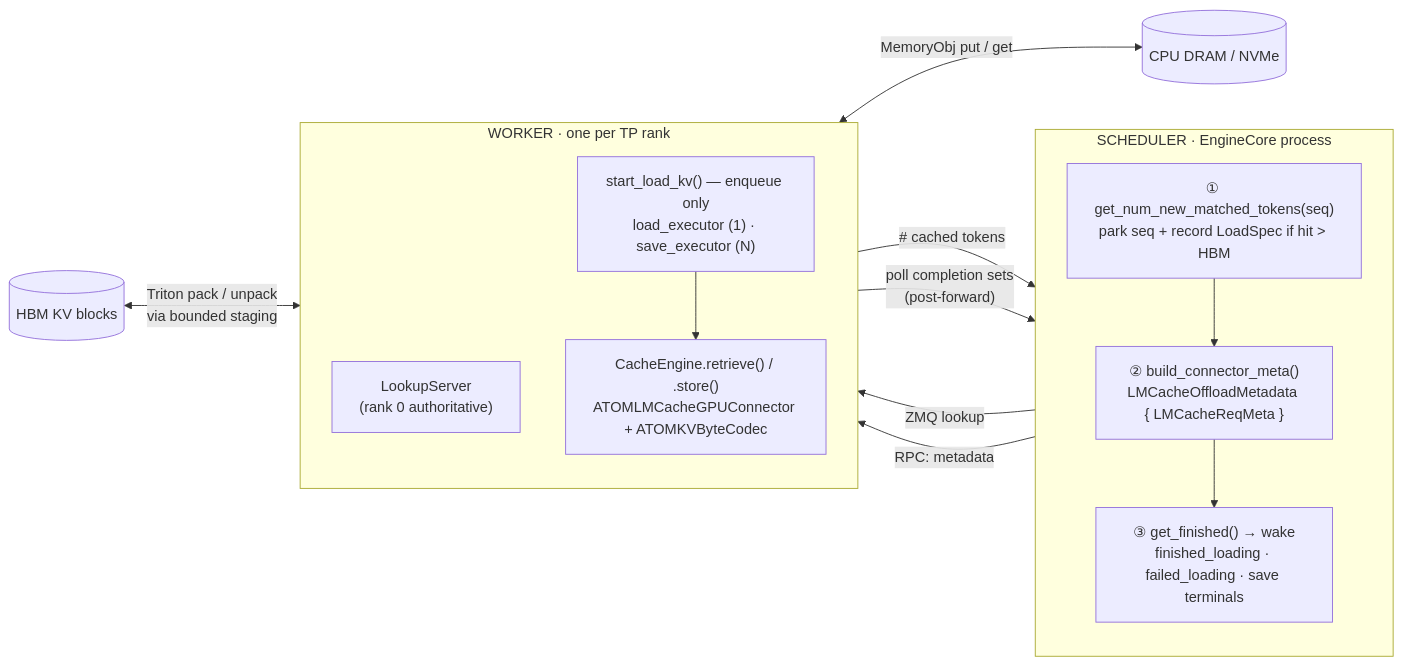
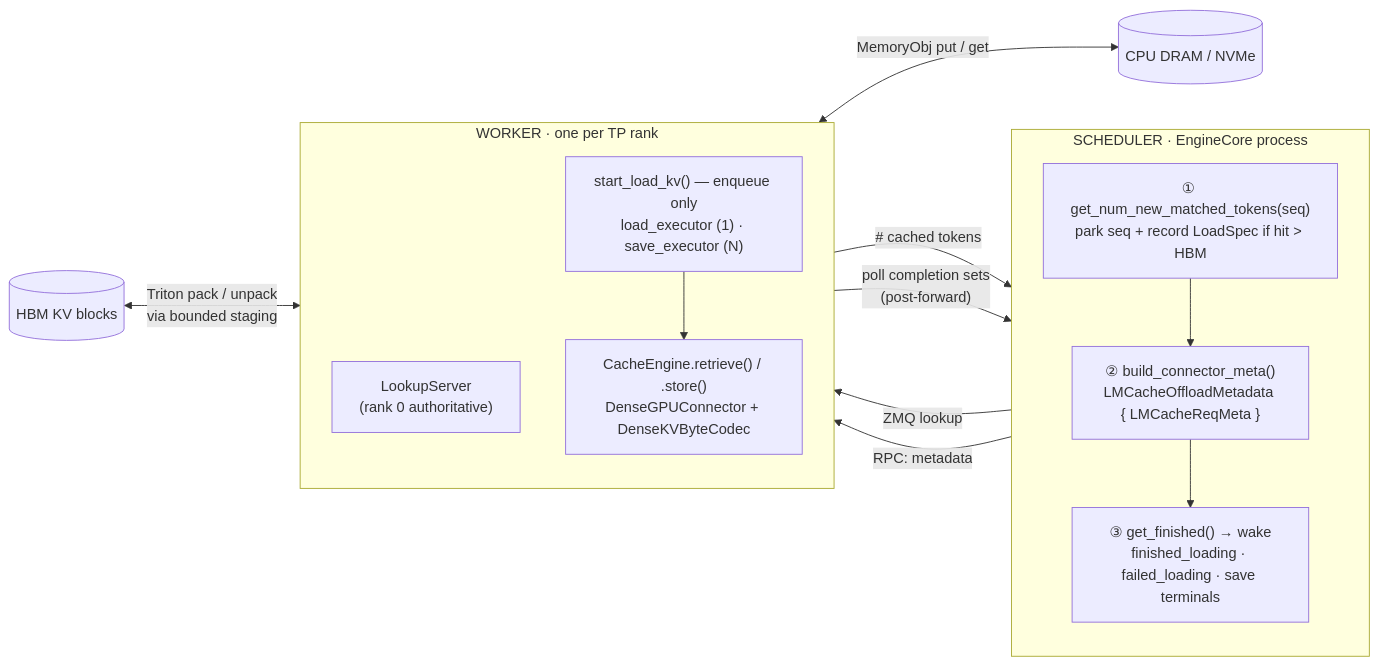
The first of 4 diagrams in atom/kv_transfer/offload/README.md (ROCm/ATOM), drawn with Mermaid before and after one commit. The commit also changed other lines of this file and 49 other files, not shown here.

````diff
--- a/atom/kv_transfer/offload/README.md
+++ b/atom/kv_transfer/offload/README.md
@@ -76,28 +89,28 @@
 ```mermaid
 flowchart LR
     subgraph SCHED["SCHEDULER · EngineCore process"]
         direction TB
         S1["① get_num_new_matched_tokens(seq)<br/>park seq + record LoadSpec if hit &gt; HBM"]
         S2["② build_connector_meta()<br/>LMCacheOffloadMetadata { LMCacheReqMeta }"]
         S3["③ get_finished() → wake<br/>finished_loading · failed_loading · save terminals"]
         S1 --> S2 --> S3
     end
 
     subgraph WORK["WORKER · one per TP rank"]
         direction TB
         LK["LookupServer<br/>(rank 0 authoritative)"]
         SL["start_load_kv() — enqueue only<br/>load_executor (1) · save_executor (N)"]
-        CE["CacheEngine.retrieve() / .store()<br/>ATOMLMCacheGPUConnector + ATOMKVByteCodec"]
+        CE["CacheEngine.retrieve() / .store()<br/>DenseGPUConnector + DenseKVByteCodec"]
         SL --> CE
     end
 
     TIER[("CPU DRAM / NVMe")]
     HBM[("HBM KV blocks")]
 
     S1 -- "ZMQ lookup" --> LK
     LK -- "# cached tokens" --> S1
     S2 -- "RPC: metadata" --> SL
     CE -- "poll completion sets<br/>(post-forward)" --> S3
     HBM <-- "Triton pack / unpack<br/>via bounded staging" --> CE
     CE <-- "MemoryObj put / get" --> TIER
 ```
````
